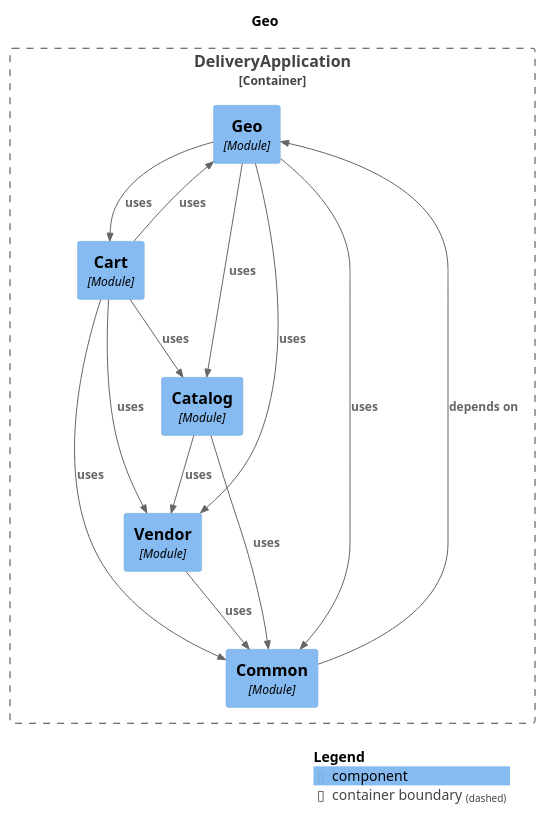
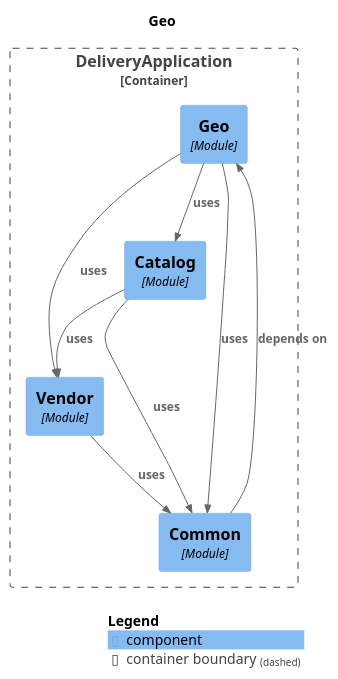
Before and after one commit to fxavier/pede-aqui: the diagram in docs/architecture/modules/module-geo.puml, drawn with PlantUML. The commit also changed 22 other files, not shown here.

```diff
--- a/docs/architecture/modules/module-geo.puml
+++ b/docs/architecture/modules/module-geo.puml
@@ -1,33 +1,27 @@
 @startuml
 set separator none
 title Geo
 
 top to bottom direction
 
 !include <C4/C4>
 !include <C4/C4_Context>
 !include <C4/C4_Component>
 
 Container_Boundary("DeliveryApplication.DeliveryApplication_boundary", "DeliveryApplication", $tags="") {
   Component(DeliveryApplication.DeliveryApplication.Geo, "Geo", $techn="Module", $descr="", $tags="", $link="")
   Component(DeliveryApplication.DeliveryApplication.Vendor, "Vendor", $techn="Module", $descr="", $tags="", $link="")
-  Component(DeliveryApplication.DeliveryApplication.Cart, "Cart", $techn="Module", $descr="", $tags="", $link="")
   Component(DeliveryApplication.DeliveryApplication.Catalog, "Catalog", $techn="Module", $descr="", $tags="", $link="")
   Component(DeliveryApplication.DeliveryApplication.Common, "Common", $techn="Module", $descr="", $tags="", $link="")
 }
 
-Rel(DeliveryApplication.DeliveryApplication.Common, DeliveryApplication.DeliveryApplication.Geo, "depends on", $techn="", $tags="", $link="")
-Rel(DeliveryApplication.DeliveryApplication.Cart, DeliveryApplication.DeliveryApplication.Common, "uses", $techn="", $tags="", $link="")
-Rel(DeliveryApplication.DeliveryApplication.Cart, DeliveryApplication.DeliveryApplication.Catalog, "uses", $techn="", $tags="", $link="")
-Rel(DeliveryApplication.DeliveryApplication.Cart, DeliveryApplication.DeliveryApplication.Geo, "uses", $techn="", $tags="", $link="")
-Rel(DeliveryApplication.DeliveryApplication.Cart, DeliveryApplication.DeliveryApplication.Vendor, "uses", $techn="", $tags="", $link="")
 Rel(DeliveryApplication.DeliveryApplication.Catalog, DeliveryApplication.DeliveryApplication.Vendor, "uses", $techn="", $tags="", $link="")
 Rel(DeliveryApplication.DeliveryApplication.Catalog, DeliveryApplication.DeliveryApplication.Common, "uses", $techn="", $tags="", $link="")
 Rel(DeliveryApplication.DeliveryApplication.Vendor, DeliveryApplication.DeliveryApplication.Common, "uses", $techn="", $tags="", $link="")
+Rel(DeliveryApplication.DeliveryApplication.Common, DeliveryApplication.DeliveryApplication.Geo, "depends on", $techn="", $tags="", $link="")
 Rel(DeliveryApplication.DeliveryApplication.Geo, DeliveryApplication.DeliveryApplication.Common, "uses", $techn="", $tags="", $link="")
 Rel(DeliveryApplication.DeliveryApplication.Geo, DeliveryApplication.DeliveryApplication.Catalog, "uses", $techn="", $tags="", $link="")
 Rel(DeliveryApplication.DeliveryApplication.Geo, DeliveryApplication.DeliveryApplication.Vendor, "uses", $techn="", $tags="", $link="")
-Rel(DeliveryApplication.DeliveryApplication.Geo, DeliveryApplication.DeliveryApplication.Cart, "uses", $techn="", $tags="", $link="")
 
 SHOW_LEGEND(true)
 @enduml
```
